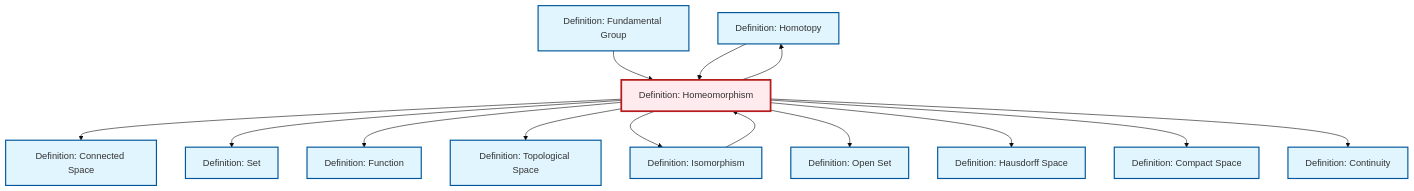
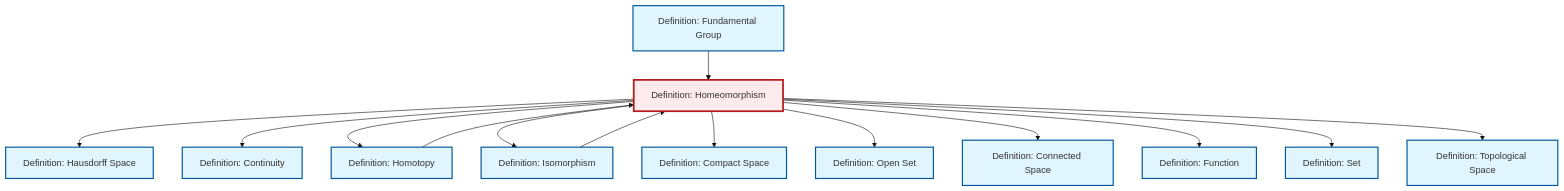
One commit to RK0429/ModernMath changed the diagram in output/mermaid/en/def-homeomorphism.mermaid. Above: the diagram before and after it, drawn with Mermaid (base theme). The commit also changed other lines of this file and 3094 other files, not shown here.

```diff
--- a/output/mermaid/en/def-homeomorphism.mermaid
+++ b/output/mermaid/en/def-homeomorphism.mermaid
@@ -1,33 +1,33 @@
 %%| fig-cap: "Local dependency graph"
 graph TD
     classDef definition fill:#e1f5fe,stroke:#01579b,stroke-width:2px
     classDef theorem fill:#f3e5f5,stroke:#4a148c,stroke-width:2px
     classDef axiom fill:#fff3e0,stroke:#e65100,stroke-width:2px
     classDef example fill:#e8f5e9,stroke:#1b5e20,stroke-width:2px
     classDef current fill:#ffebee,stroke:#b71c1c,stroke-width:3px
-    def-open-set["Definition: Open Set"]:::definition
-    def-connected["Definition: Connected Space"]:::definition
+    def-fundamental-group["Definition: Fundamental Group"]:::definition
     def-hausdorff["Definition: Hausdorff Space"]:::definition
+    def-topological-space["Definition: Topological Space"]:::definition
+    def-set["Definition: Set"]:::definition
     def-continuity["Definition: Continuity"]:::definition
+    def-function["Definition: Function"]:::definition
     def-homotopy["Definition: Homotopy"]:::definition
     def-compact["Definition: Compact Space"]:::definition
+    def-connected["Definition: Connected Space"]:::definition
+    def-open-set["Definition: Open Set"]:::definition
+    def-homeomorphism["Definition: Homeomorphism"]:::definition
     def-isomorphism["Definition: Isomorphism"]:::definition
-    def-homeomorphism["Definition: Homeomorphism"]:::definition
-    def-fundamental-group["Definition: Fundamental Group"]:::definition
-    def-topological-space["Definition: Topological Space"]:::definition
-    def-set["Definition: Set"]:::definition
-    def-function["Definition: Function"]:::definition
+    def-homotopy --> def-homeomorphism
+    def-fundamental-group --> def-homeomorphism
+    def-homeomorphism --> def-hausdorff
+    def-homeomorphism --> def-continuity
+    def-homeomorphism --> def-homotopy
+    def-isomorphism --> def-homeomorphism
+    def-homeomorphism --> def-isomorphism
+    def-homeomorphism --> def-compact
+    def-homeomorphism --> def-open-set
     def-homeomorphism --> def-connected
-    def-isomorphism --> def-homeomorphism
+    def-homeomorphism --> def-function
     def-homeomorphism --> def-set
-    def-homeomorphism --> def-homotopy
-    def-homeomorphism --> def-function
     def-homeomorphism --> def-topological-space
-    def-homeomorphism --> def-isomorphism
-    def-fundamental-group --> def-homeomorphism
-    def-homeomorphism --> def-open-set
-    def-homeomorphism --> def-hausdorff
-    def-homotopy --> def-homeomorphism
-    def-homeomorphism --> def-compact
-    def-homeomorphism --> def-continuity
     class def-homeomorphism current
```
